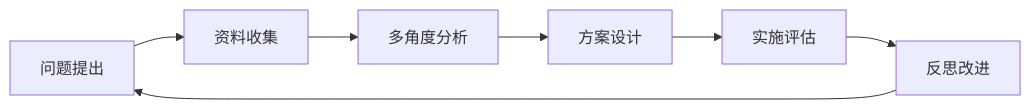
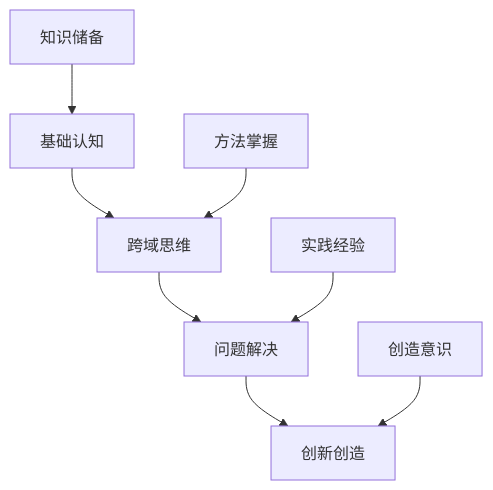
The second of 4 diagrams in 02-核心学科理论/04-人文社科整合教育.md (AdaMartin18010/SeniorEnducation), drawn with Mermaid before and after one commit. The commit also changed other lines of this file and 23 other files, not shown here.

````diff
--- a/02-核心学科理论/04-人文社科整合教育.md
+++ b/02-核心学科理论/04-人文社科整合教育.md
@@ -65,9 +70,11 @@
-```mermaid
-graph LR
-    A[问题提出] --> B[资料收集]
-    B --> C[多角度分析]
-    C --> D[方案设计]
-    D --> E[实施评估]
-    E --> F[反思改进]
-    F --> A
-```
+   ```mermaid
+   graph TD
+       A[基础认知] --> B[跨域思维]
+       B --> C[问题解决]
+       C --> D[创新创造]
+       
+       E[知识储备] --> A
+       F[方法掌握] --> B
+       G[实践经验] --> C
+       H[创造意识] --> D
+   ```
````
